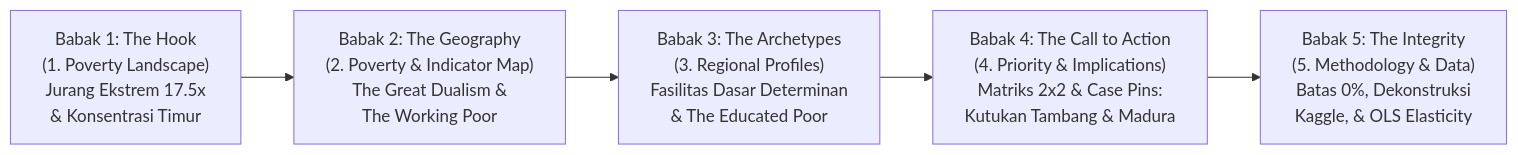
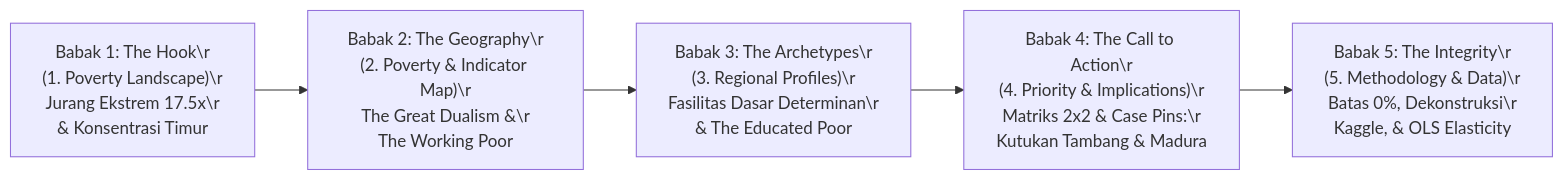
The first of 2 diagrams in docs/design.md (Arfiadi/poverty-radar), drawn with Mermaid before and after one commit. The commit also changed other lines of this file, not shown here.

````diff
--- a/docs/design.md
+++ b/docs/design.md
@@ -39,7 +39,7 @@
 ```mermaid
 flowchart LR
-    A["Babak 1: The Hook\n(1. Poverty Landscape)\nJurang Ekstrem 17.5x\n& Konsentrasi Timur"] --> B["Babak 2: The Geography\n(2. Poverty & Indicator Map)\nThe Great Dualism &\nThe Working Poor"]
-    B --> C["Babak 3: The Archetypes\n(3. Regional Profiles)\nFasilitas Dasar Determinan\n& The Educated Poor"]
-    C --> D["Babak 4: The Call to Action\n(4. Priority & Implications)\nMatriks 2x2 & Case Pins:\nKutukan Tambang & Madura"]
-    D --> E["Babak 5: The Integrity\n(5. Methodology & Data)\nBatas 0%, Dekonstruksi\nKaggle, & OLS Elasticity"]
+    A["Babak 1: The Hook\r\n(1. Poverty Landscape)\r\nJurang Ekstrem 17.5x\r\n& Konsentrasi Timur"] --> B["Babak 2: The Geography\r\n(2. Poverty & Indicator Map)\r\nThe Great Dualism &\r\nThe Working Poor"]
+    B --> C["Babak 3: The Archetypes\r\n(3. Regional Profiles)\r\nFasilitas Dasar Determinan\r\n& The Educated Poor"]
+    C --> D["Babak 4: The Call to Action\r\n(4. Priority & Implications)\r\nMatriks 2x2 & Case Pins:\r\nKutukan Tambang & Madura"]
+    D --> E["Babak 5: The Integrity\r\n(5. Methodology & Data)\r\nBatas 0%, Dekonstruksi\r\nKaggle, & OLS Elasticity"]
 ```
````
